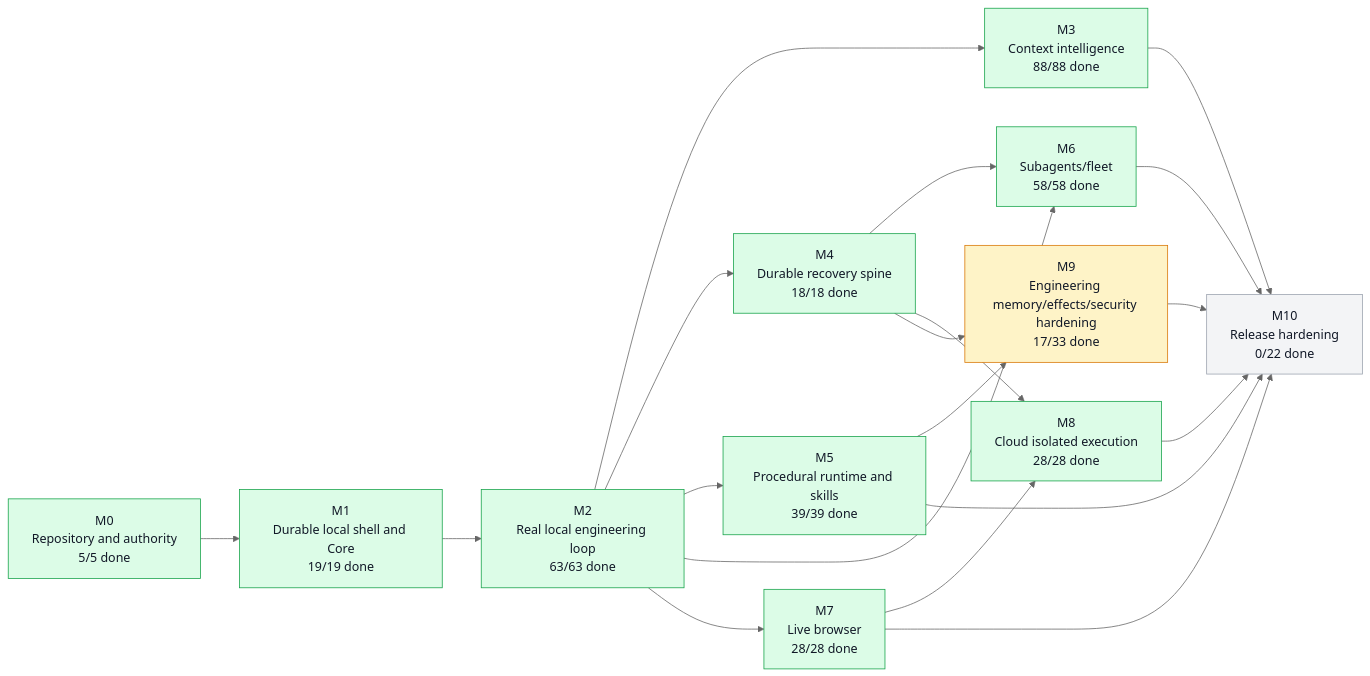
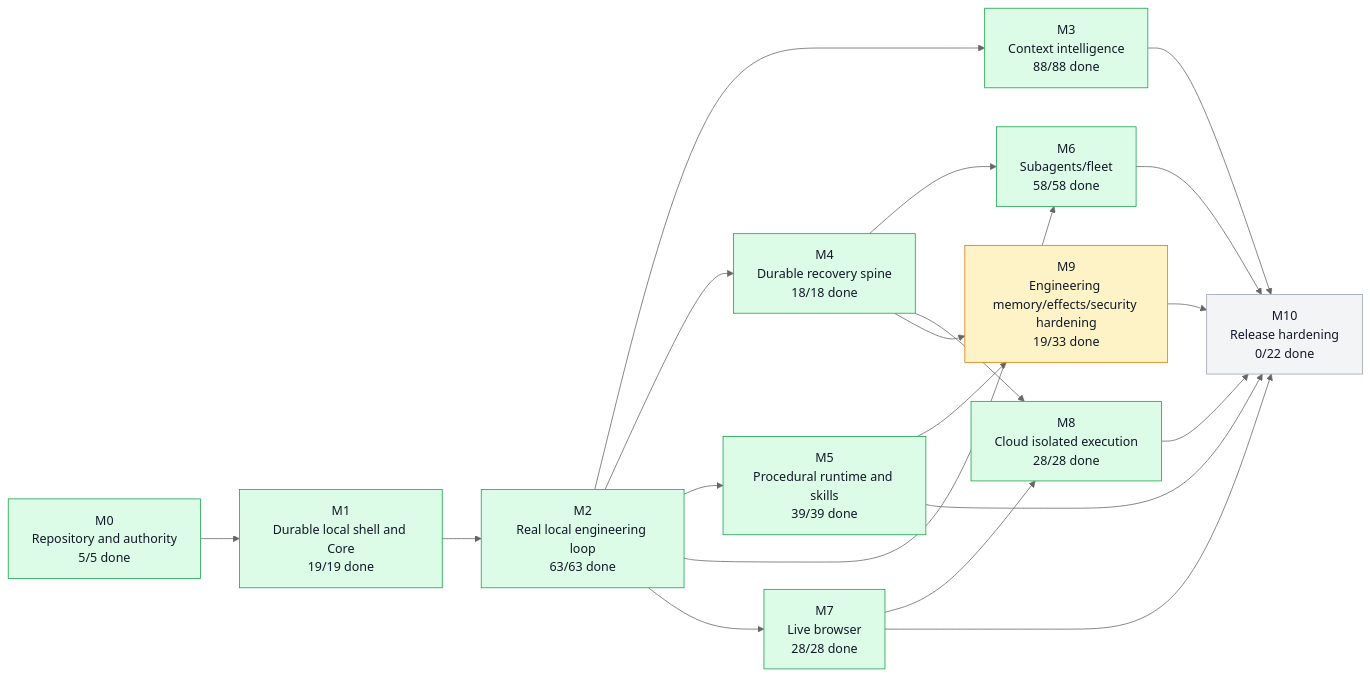
The first of 5 diagrams in graph/PROJECT_GRAPH.md (moss101/modbit), drawn with Mermaid (neutral theme) before and after one commit. The commit also changed other lines of this file and 7 other files, not shown here.

````diff
--- a/graph/PROJECT_GRAPH.md
+++ b/graph/PROJECT_GRAPH.md
@@ -57,43 +57,43 @@
 ```mermaid
 flowchart LR
   M0["M0<br/>Repository and authority<br/>5/5 done"]
   M1["M1<br/>Durable local shell and Core<br/>19/19 done"]
   M2["M2<br/>Real local engineering loop<br/>63/63 done"]
   M3["M3<br/>Context intelligence<br/>88/88 done"]
   M4["M4<br/>Durable recovery spine<br/>18/18 done"]
   M5["M5<br/>Procedural runtime and skills<br/>39/39 done"]
   M6["M6<br/>Subagents/fleet<br/>58/58 done"]
   M7["M7<br/>Live browser<br/>28/28 done"]
   M8["M8<br/>Cloud isolated execution<br/>28/28 done"]
-  M9["M9<br/>Engineering memory/effects/security hardening<br/>17/33 done"]
+  M9["M9<br/>Engineering memory/effects/security hardening<br/>19/33 done"]
   M10["M10<br/>Release hardening<br/>0/22 done"]
   M0 --> M1
   M1 --> M2
   M2 --> M3
   M2 --> M4
   M2 --> M5
   M2 --> M6
   M4 --> M6
   M2 --> M7
   M4 --> M8
   M7 --> M8
   M4 --> M9
   M5 --> M9
   M3 --> M10
   M5 --> M10
   M6 --> M10
   M7 --> M10
   M8 --> M10
   M9 --> M10
   style M0 fill:#dcfce7,stroke:#16a34a,color:#111827
   style M1 fill:#dcfce7,stroke:#16a34a,color:#111827
   style M2 fill:#dcfce7,stroke:#16a34a,color:#111827
   style M3 fill:#dcfce7,stroke:#16a34a,color:#111827
   style M4 fill:#dcfce7,stroke:#16a34a,color:#111827
   style M5 fill:#dcfce7,stroke:#16a34a,color:#111827
   style M6 fill:#dcfce7,stroke:#16a34a,color:#111827
   style M7 fill:#dcfce7,stroke:#16a34a,color:#111827
   style M8 fill:#dcfce7,stroke:#16a34a,color:#111827
   style M9 fill:#fef3c7,stroke:#d97706,color:#111827
   style M10 fill:#f3f4f6,stroke:#9ca3af,color:#111827
 ```
````
